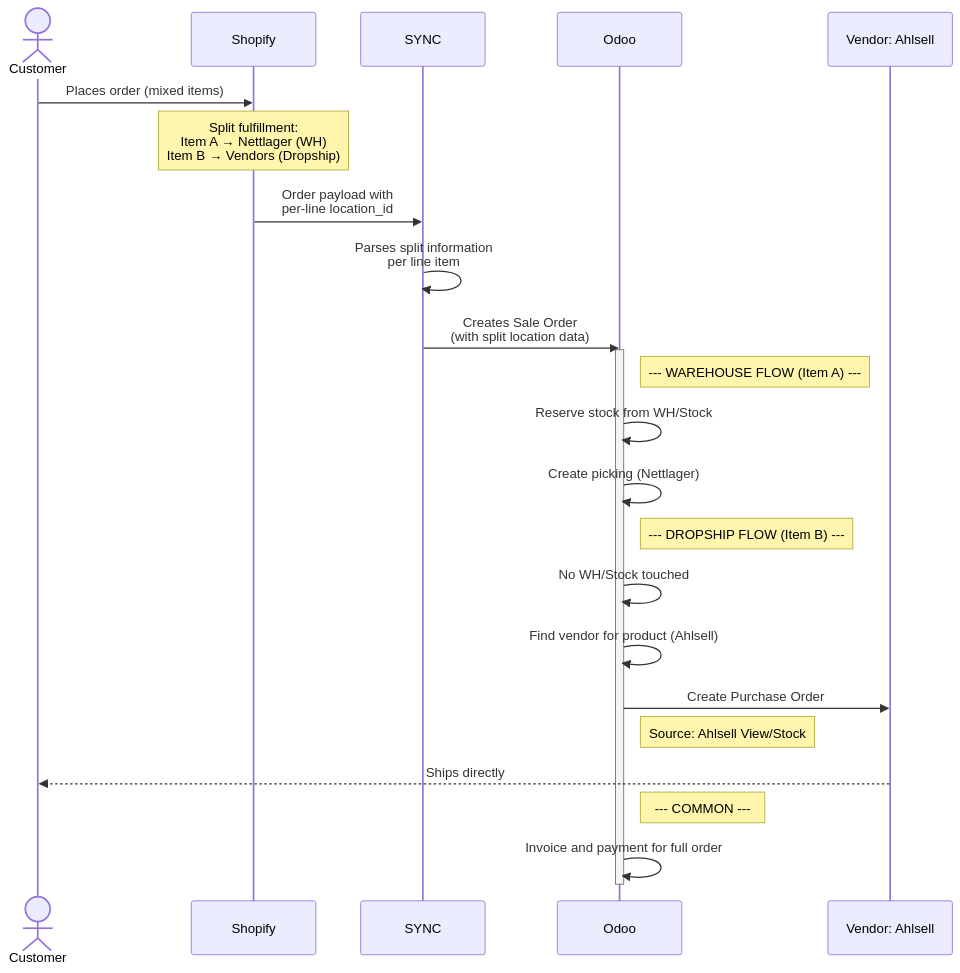
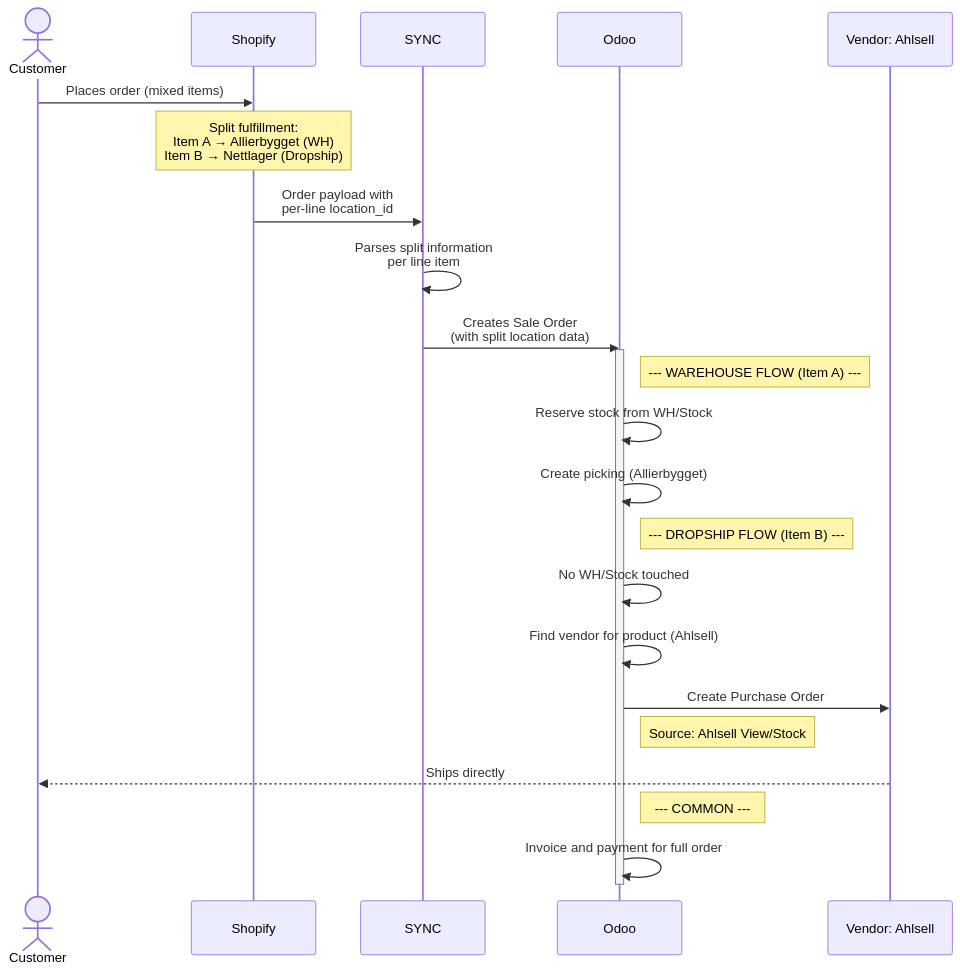
One commit to ozan-droid/documents changed the eighth of 16 diagrams in shopify-sync-odoo-scenarios.md. Above: the diagram before and after it, drawn with Mermaid. The commit also changed other lines of this file, not shown here.

````diff
--- a/shopify-sync-odoo-scenarios.md
+++ b/shopify-sync-odoo-scenarios.md
@@ -351,32 +345,32 @@
 ```mermaid
 sequenceDiagram
     actor Customer
     participant Shopify
     participant SYNC
     participant Odoo
     participant Ahlsell as Vendor: Ahlsell
 
     Customer->>Shopify: Places order (mixed items)
-    Note over Shopify: Split fulfillment:<br/>Item A → Nettlager (WH)<br/>Item B → Vendors (Dropship)
+    Note over Shopify: Split fulfillment:<br/>Item A → Allierbygget (WH)<br/>Item B → Nettlager (Dropship)
 
     Shopify->>SYNC: Order payload with<br/>per-line location_id
 
     SYNC->>SYNC: Parses split information<br/>per line item
     SYNC->>Odoo: Creates Sale Order<br/>(with split location data)
 
     activate Odoo
     Note right of Odoo: --- WAREHOUSE FLOW (Item A) ---
     Odoo->>Odoo: Reserve stock from WH/Stock
-    Odoo->>Odoo: Create picking (Nettlager)
+    Odoo->>Odoo: Create picking (Allierbygget)
 
     Note right of Odoo: --- DROPSHIP FLOW (Item B) ---
     Odoo->>Odoo: No WH/Stock touched
     Odoo->>Odoo: Find vendor for product (Ahlsell)
     Odoo->>Ahlsell: Create Purchase Order
     Note right of Odoo: Source: Ahlsell View/Stock
     Ahlsell-->>Customer: Ships directly
 
     Note right of Odoo: --- COMMON ---
     Odoo->>Odoo: Invoice and payment for full order
     deactivate Odoo
 ```
````
